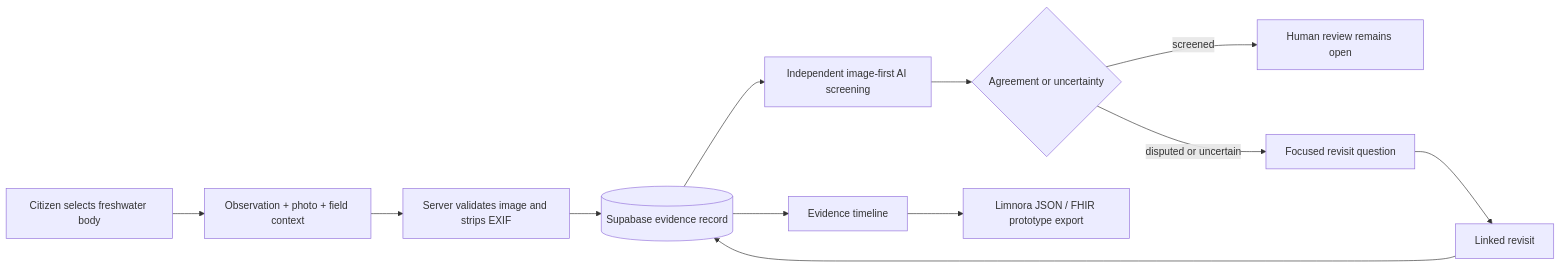
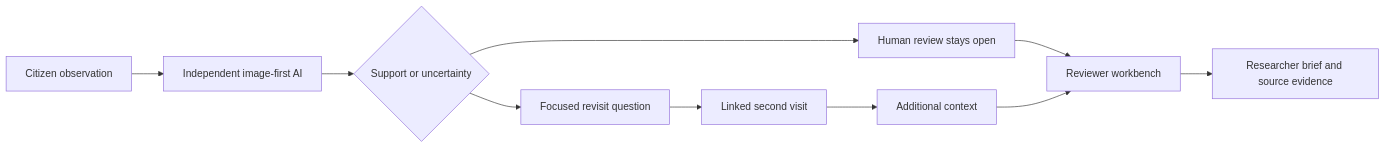
The first of 2 diagrams in README.md (SumitRaikwar18/Limnora), drawn with Mermaid before and after one commit. The commit also changed other lines of this file and 13 other files, not shown here.

First line of the commit message:
docs: make Limnora judge-first and consolidate submission evidence

````diff
--- a/README.md
+++ b/README.md
@@ -15,14 +23,12 @@
 ```mermaid
 flowchart LR
-  A[Citizen selects freshwater body] --> B[Observation + photo + field context]
-  B --> C[Server validates image and strips EXIF]
-  C --> D[(Supabase evidence record)]
-  D --> E[Independent image-first AI screening]
-  E --> F{Agreement or uncertainty}
-  F -->|screened| G[Human review remains open]
-  F -->|disputed or uncertain| H[Focused revisit question]
-  H --> I[Linked revisit]
-  I --> D
-  D --> J[Evidence timeline]
-  J --> K[Limnora JSON / FHIR prototype export]
+  A[Citizen observation] --> B[Independent image-first AI]
+  B --> C{Support or uncertainty}
+  C --> D[Human review stays open]
+  C --> E[Focused revisit question]
+  E --> F[Linked second visit]
+  F --> G[Additional context]
+  D --> H[Reviewer workbench]
+  G --> H
+  H --> I[Researcher brief and source evidence]
 ```
````
